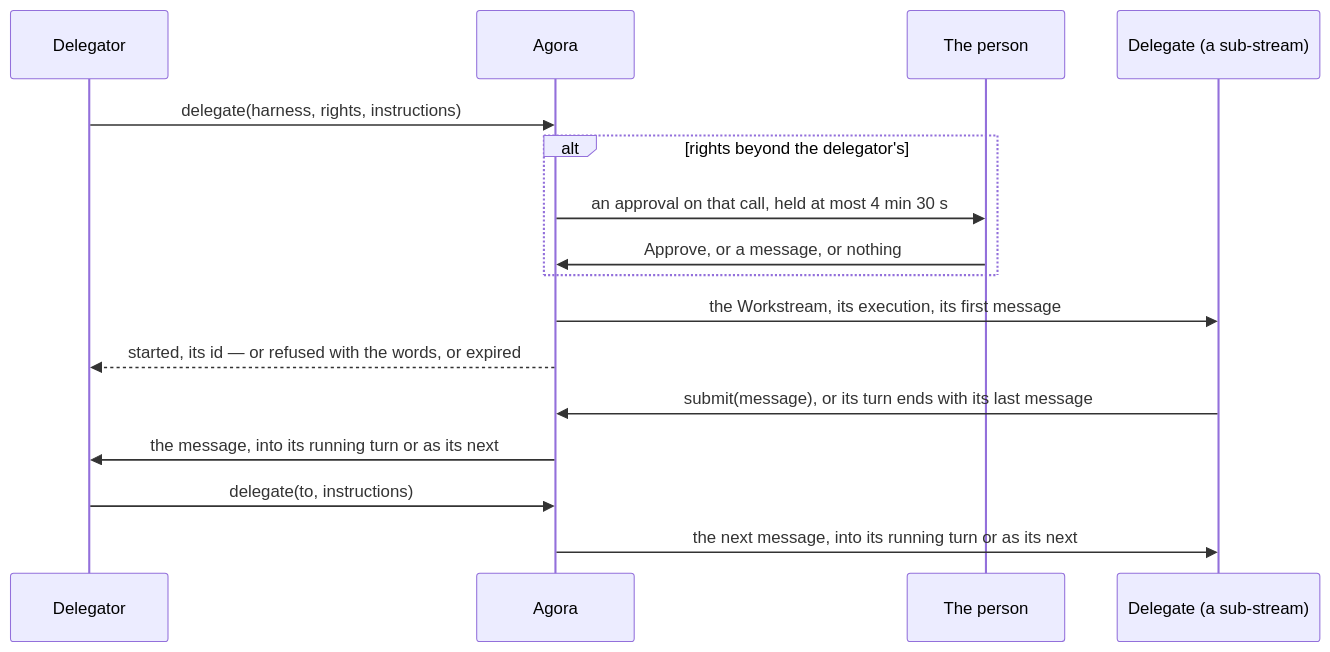
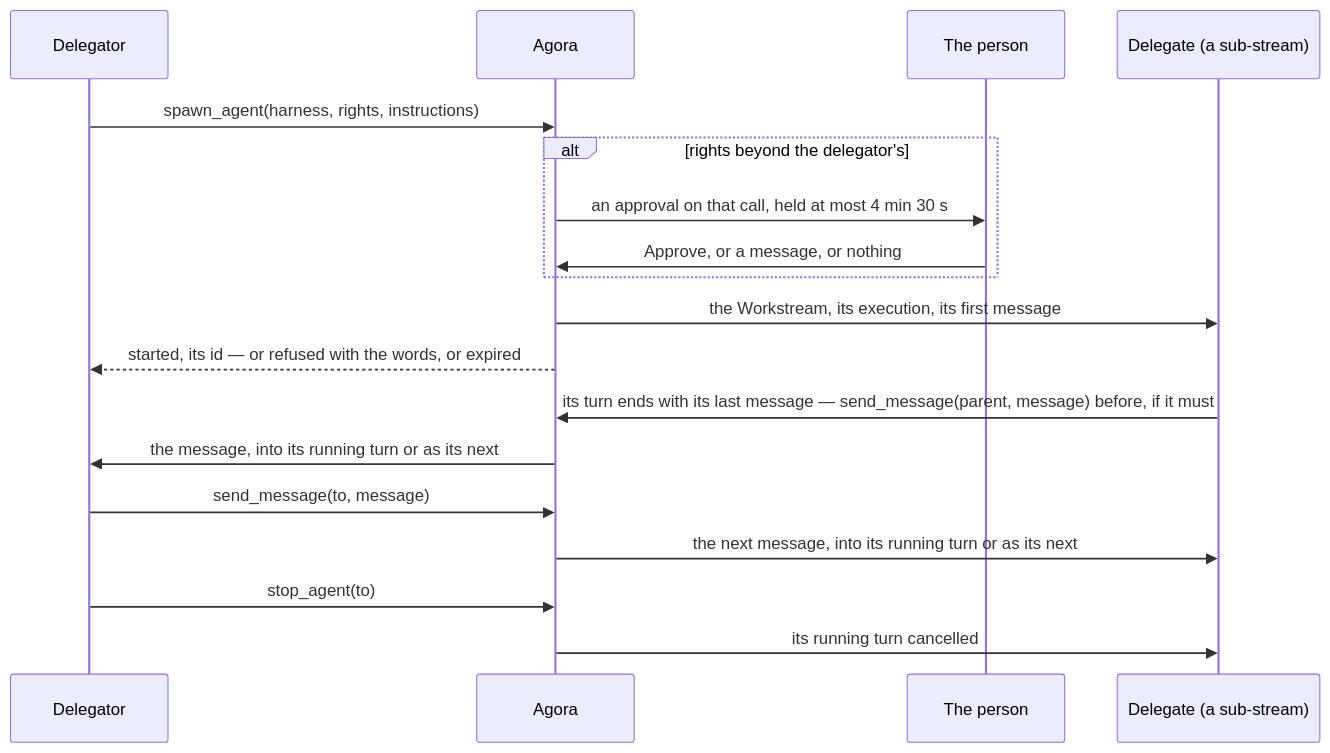
Before and after one commit to arnaultbretagne/agora: the diagram in docs/specs/delegation.md, drawn with Mermaid. The commit also changed other lines of this file and 8 other files, not shown here.

First line of the commit message:
docs(delegation): the harnesses' own gestures — spawn_agent, send_message, stop_agent, list_agents

````diff
--- a/docs/specs/delegation.md
+++ b/docs/specs/delegation.md
@@ -13,18 +15,20 @@
 ```mermaid
 sequenceDiagram
   participant C as Delegator
   participant A as Agora
   participant P as The person
   participant D as Delegate (a sub-stream)
-  C->>A: delegate(harness, rights, instructions)
+  C->>A: spawn_agent(harness, rights, instructions)
   alt rights beyond the delegator's
     A->>P: an approval on that call, held at most 4 min 30 s
     P->>A: Approve, or a message, or nothing
   end
   A->>D: the Workstream, its execution, its first message
   A-->>C: started, its id — or refused with the words, or expired
-  D->>A: submit(message), or its turn ends with its last message
+  D->>A: its turn ends with its last message — send_message(parent, message) before, if it must
   A->>C: the message, into its running turn or as its next
-  C->>A: delegate(to, instructions)
+  C->>A: send_message(to, message)
   A->>D: the next message, into its running turn or as its next
+  C->>A: stop_agent(to)
+  A->>D: its running turn cancelled
 ```
````
